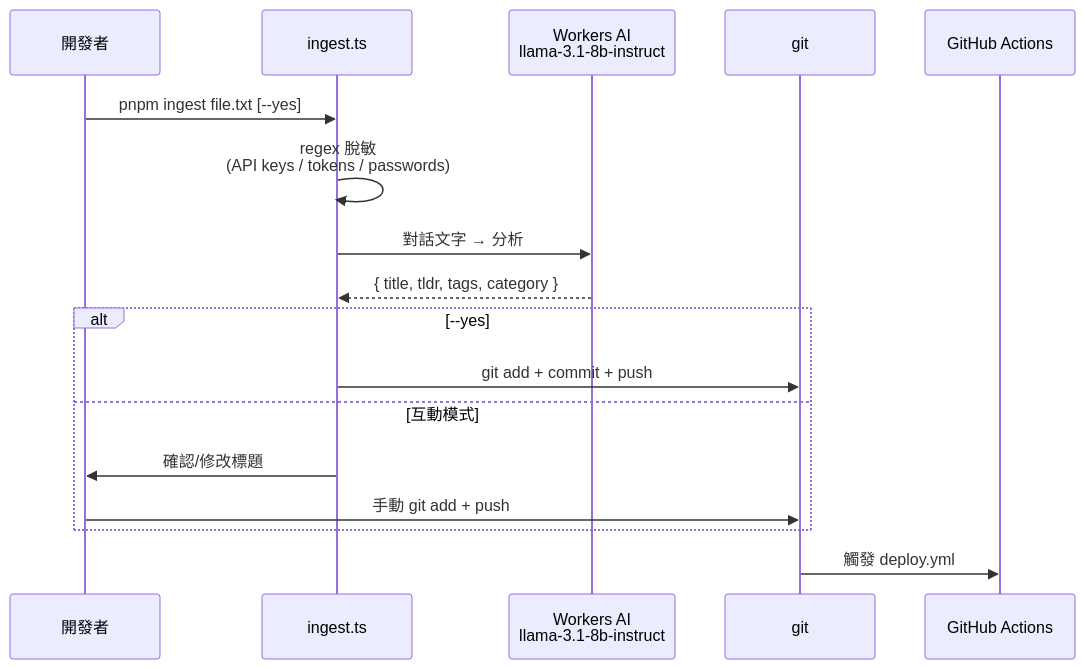
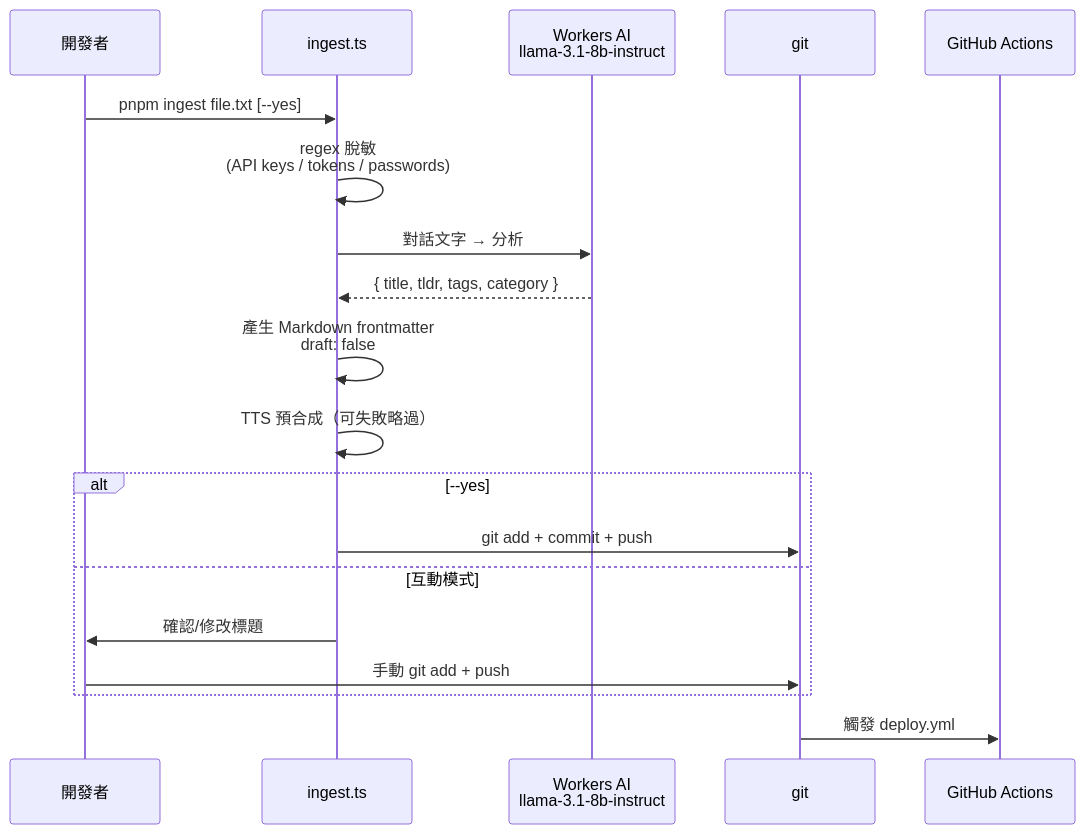
Before and after one commit to a920604a/engineernews: the first of 3 diagrams in docs/ingest.md, drawn with Mermaid. The commit also changed other lines of this file and 31 other files, not shown here.

````diff
--- a/docs/ingest.md
+++ b/docs/ingest.md
@@ -27,22 +27,24 @@
 ```mermaid
 sequenceDiagram
   participant Dev as 開發者
   participant Script as ingest.ts
   participant LLM as Workers AI<br/>llama-3.1-8b-instruct
   participant Git as git
   participant GHA as GitHub Actions
 
   Dev->>Script: pnpm ingest file.txt [--yes]
   Script->>Script: regex 脫敏<br/>(API keys / tokens / passwords)
   Script->>LLM: 對話文字 → 分析
   LLM-->>Script: { title, tldr, tags, category }
+  Script->>Script: 產生 Markdown frontmatter<br/>draft: false
+  Script->>Script: TTS 預合成（可失敗略過）
 
   alt --yes
     Script->>Git: git add + commit + push
   else 互動模式
     Script->>Dev: 確認/修改標題
     Dev->>Git: 手動 git add + push
   end
 
   Git->>GHA: 觸發 deploy.yml
 ```
````
